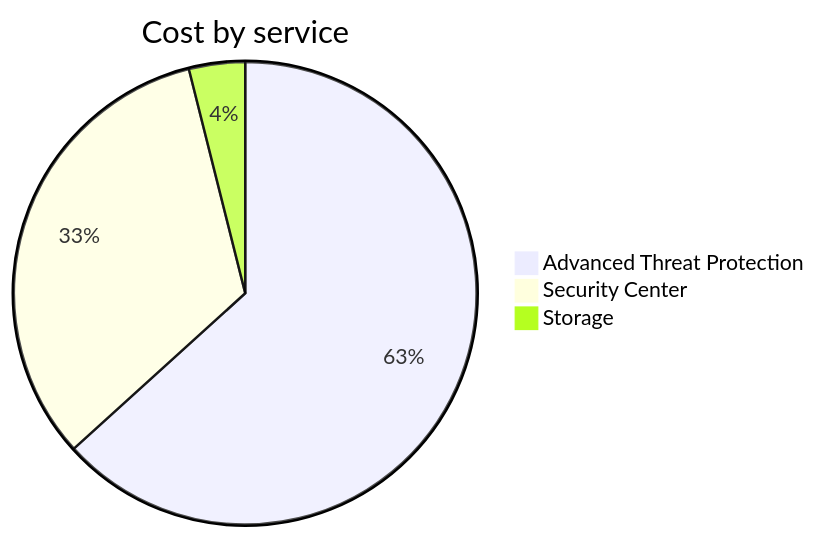
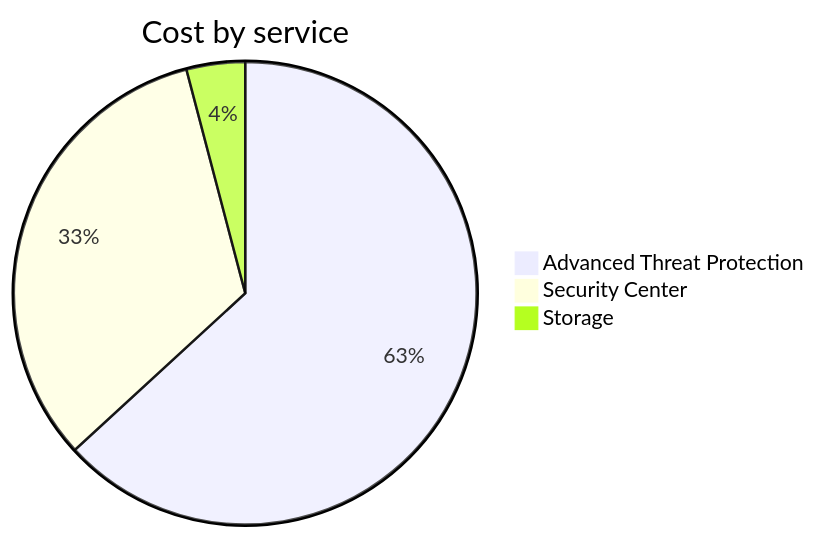
One commit to jpfulton/azure-personal-reports changed the second of 4 diagrams in cost-reports/cloud-shell-storage-eastus/README.md. Above: the diagram before and after it, drawn with Mermaid. The commit also changed other lines of this file and 1 other file, not shown here.

````diff
--- a/cost-reports/cloud-shell-storage-eastus/README.md
+++ b/cost-reports/cloud-shell-storage-eastus/README.md
@@ -95,7 +95,7 @@
 ```mermaid
 pie
    title Cost by service
    "Advanced Threat Protection" : 3.55
    "Security Center" : 1.84
-   "Storage" : 0.22
+   "Storage" : 0.23
 ```
````
